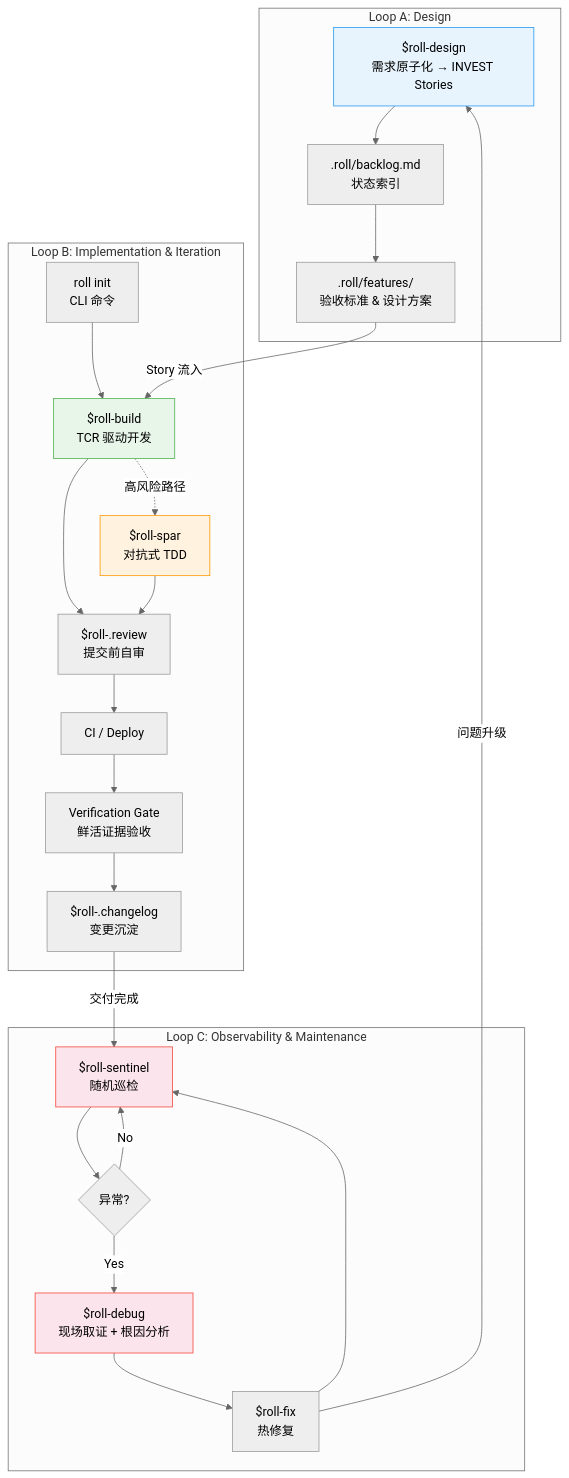
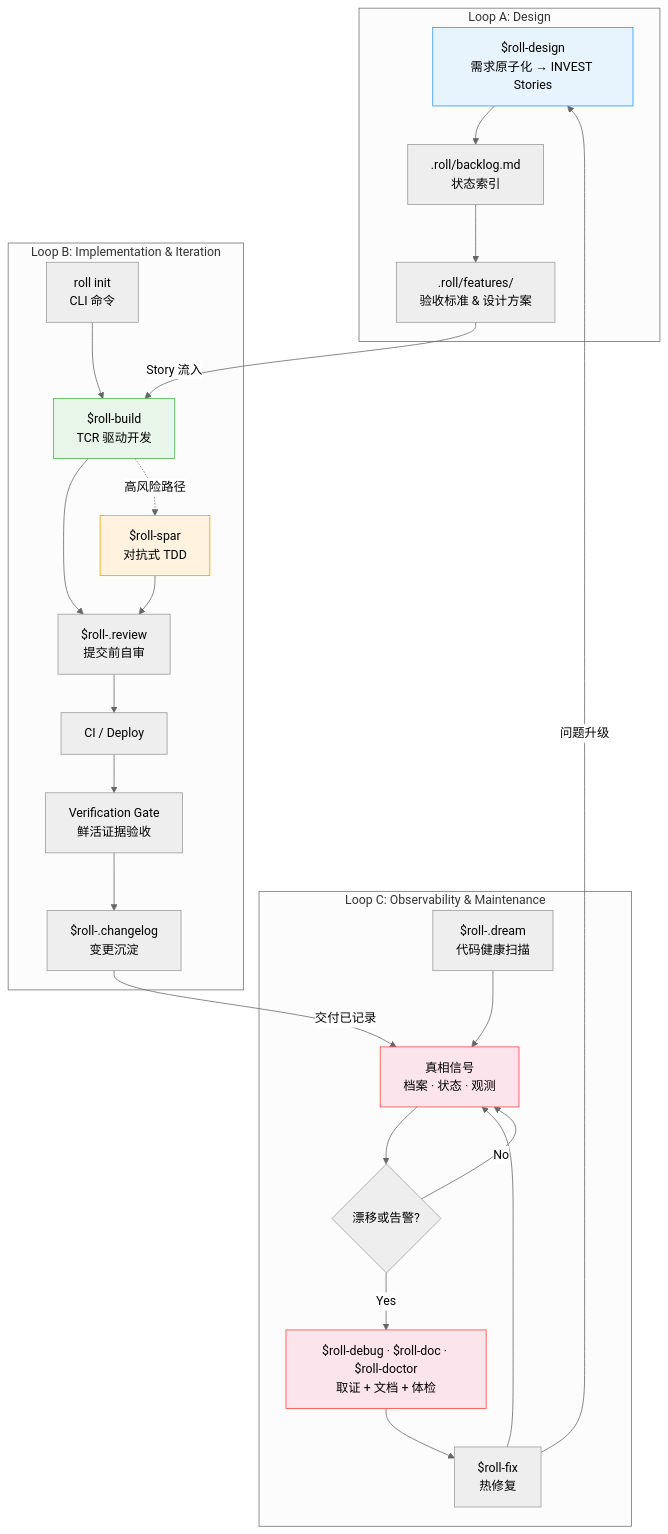
Before and after one commit to seanyao/roll: the first of 2 diagrams in guide/zh/methodology.md, drawn with Mermaid (neutral theme). The commit also changed other lines of this file and 22 other files, not shown here.

````diff
--- a/guide/zh/methodology.md
+++ b/guide/zh/methodology.md
@@ -24,35 +24,36 @@
 ```mermaid
 graph TB
     subgraph "Loop A: Design"
         A2["$roll-design<br/>需求原子化 → INVEST Stories"] --> A3[".roll/backlog.md<br/>状态索引"]
         A3 --> A4[".roll/features/<br/>验收标准 & 设计方案"]
     end
 
     subgraph "Loop B: Implementation & Iteration"
         B1["roll init<br/>CLI 命令"] --> B2["$roll-build<br/>TCR 驱动开发"]
         B2 --> B3["$roll-.review<br/>提交前自审"]
         B3 --> B4["CI / Deploy"]
         B4 --> B5["Verification Gate<br/>鲜活证据验收"]
         B5 --> B6["$roll-.changelog<br/>变更沉淀"]
         B2 -.->|高风险路径| B7["$roll-spar<br/>对抗式 TDD"]
         B7 --> B3
     end
 
     subgraph "Loop C: Observability & Maintenance"
-        C1["$roll-sentinel<br/>随机巡检"] --> C2{"异常?"}
-        C2 -->|Yes| C3["$roll-debug<br/>现场取证 + 根因分析"]
+        C1["真相信号<br/>档案 · 状态 · 观测"] --> C2{"漂移或告警?"}
+        C2 -->|Yes| C3["$roll-debug · $roll-doc · $roll-doctor<br/>取证 + 文档 + 体检"]
         C3 --> C5["$roll-fix<br/>热修复"]
         C5 --> C1
         C2 -->|No| C1
+        C6["$roll-.dream<br/>代码健康扫描"] --> C1
     end
 
     A4 -->|"Story 流入"| B2
-    B6 -->|"交付完成"| C1
+    B6 -->|"交付已记录"| C1
     C5 -->|"问题升级"| A2
 
     style A2 fill:#e8f4fd,stroke:#2196F3
     style B2 fill:#e8f5e9,stroke:#4CAF50
     style B7 fill:#fff3e0,stroke:#FF9800
     style C1 fill:#fce4ec,stroke:#F44336
     style C3 fill:#fce4ec,stroke:#F44336
 ```
````
